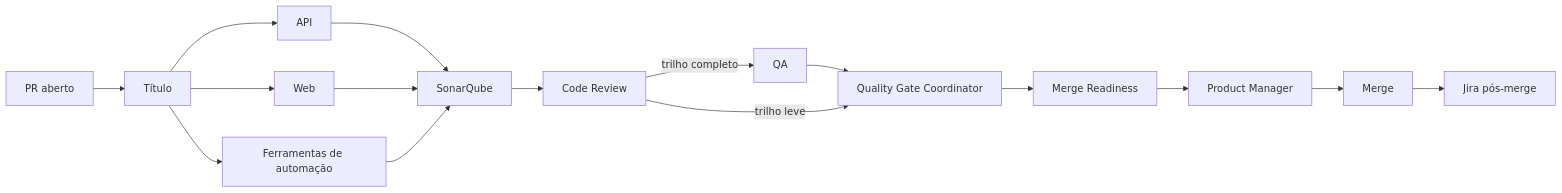
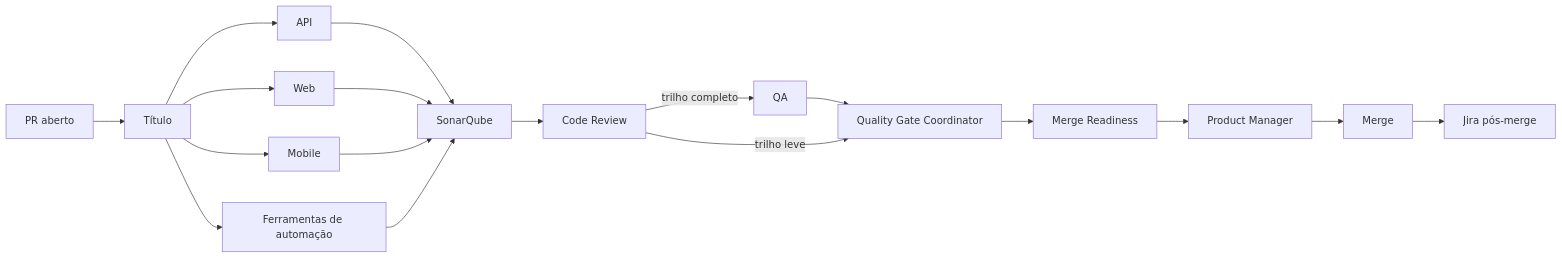
Before and after one commit to TitoStauffer/CashIn: the diagram in docs/knowledge/automation/delivery-flow.md, drawn with Mermaid. The commit also changed other lines of this file and 38 other files, not shown here.

````diff
--- a/docs/knowledge/automation/delivery-flow.md
+++ b/docs/knowledge/automation/delivery-flow.md
@@ -17,18 +17,20 @@
 ```mermaid
 flowchart LR
   PR[PR aberto] --> T[Título]
   T --> A[API]
   T --> W[Web]
+  T --> MO[Mobile]
   T --> R[Ferramentas de automação]
   A --> S[SonarQube]
   W --> S
+  MO --> S
   R --> S
   S --> CR[Code Review]
   CR -->|trilho completo| QA[QA]
   QA --> QG[Quality Gate Coordinator]
   CR -->|trilho leve| QG
   QG --> MR[Merge Readiness]
   MR --> PM[Product Manager]
   PM --> M[Merge]
   M --> J[Jira pós-merge]
 ```
````
